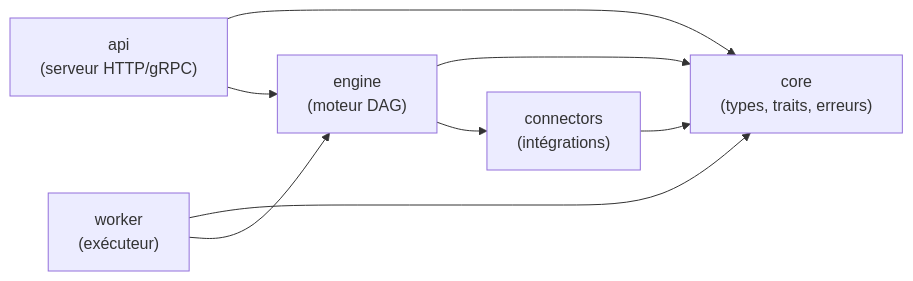
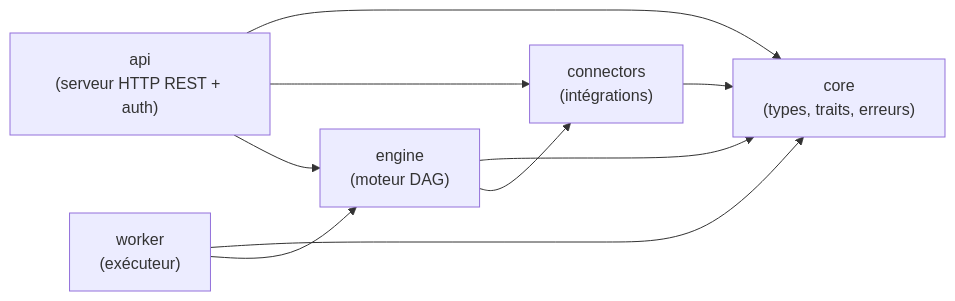
The fifth of 5 diagrams in docs/ARCHITECTURE.md (TheDarkMac/autome), drawn with Mermaid before and after one commit. The commit also changed other lines of this file, not shown here.

Commit message:
docs(architecture): maj as-built — ADR, RabbitMQ, déploiement réel, dette [F11.3]

````diff
--- a/docs/ARCHITECTURE.md
+++ b/docs/ARCHITECTURE.md
@@ -263,16 +294,17 @@
 ```mermaid
 flowchart LR
   core["core<br/>(types, traits, erreurs)"]
   engine["engine<br/>(moteur DAG)"]
   connectors["connectors<br/>(intégrations)"]
-  api["api<br/>(serveur HTTP/gRPC)"]
+  api["api<br/>(serveur HTTP REST + auth)"]
   worker["worker<br/>(exécuteur)"]
 
   engine --> core
   connectors --> core
   api --> core
+  api --> connectors
   worker --> core
   worker --> engine
   engine --> connectors
   api --> engine
 ```
````
